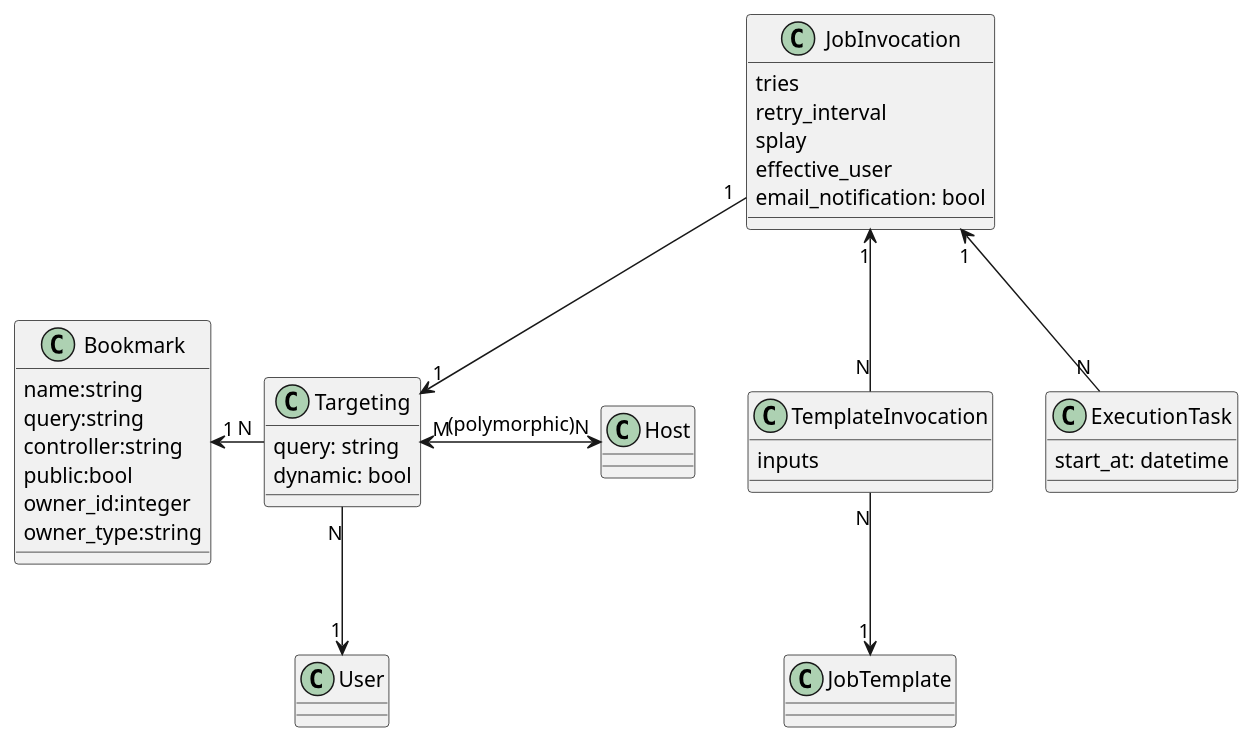
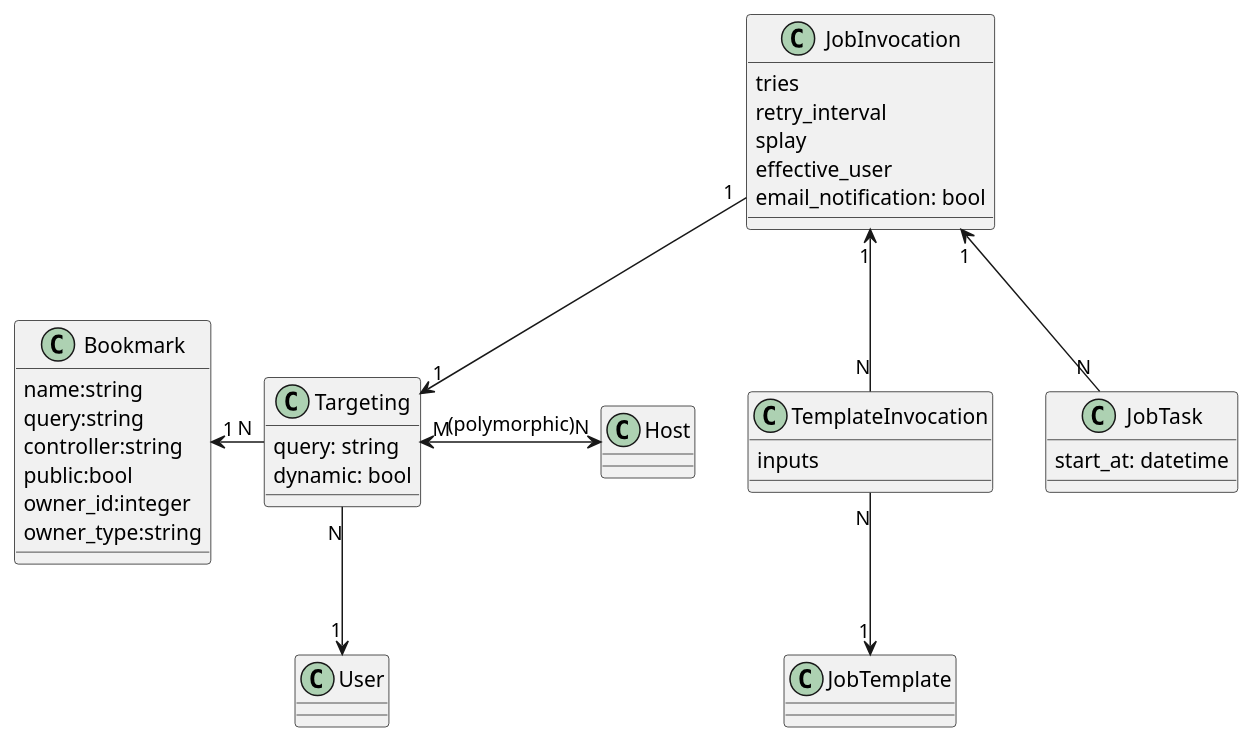
The seventh of 13 diagrams in doc/source/design/index.md (theforeman/foreman_remote_execution), drawn with PlantUML before and after one commit. The commit also changed other lines of this file, not shown here.

Commit message:
Unify jobs vs. execution vs. command wording

```diff
--- a/doc/source/design/index.md
+++ b/doc/source/design/index.md
@@ -585,44 +521,44 @@
 {% plantuml %}
 
 class Bookmark {
   name:string
   query:string
   controller:string
   public:bool
   owner_id:integer
   owner_type:string
 }
 
 class Targeting {
   query: string
   dynamic: bool
 }
 
 class Host
 class User
 
 class TemplateInvocation {
   inputs
 }
 
 class JobInvocation {
   tries
   retry_interval
   splay
   effective_user
   email_notification: bool
 }
 
-class ExecutionTask {
+class JobTask {
   start_at: datetime
 }
 
 Bookmark "1" <- "N" Targeting
 Targeting "M" <-> "N" Host : (polymorphic)
 Targeting "N" --> "1" User
 JobInvocation "1" --> "1" Targeting
 JobInvocation "1" <-- "N" TemplateInvocation
 TemplateInvocation "N" --> "1" JobTemplate
-JobInvocation "1" <-- "N" ExecutionTask
+JobInvocation "1" <-- "N" JobTask
 
 {% endplantuml %}
```
